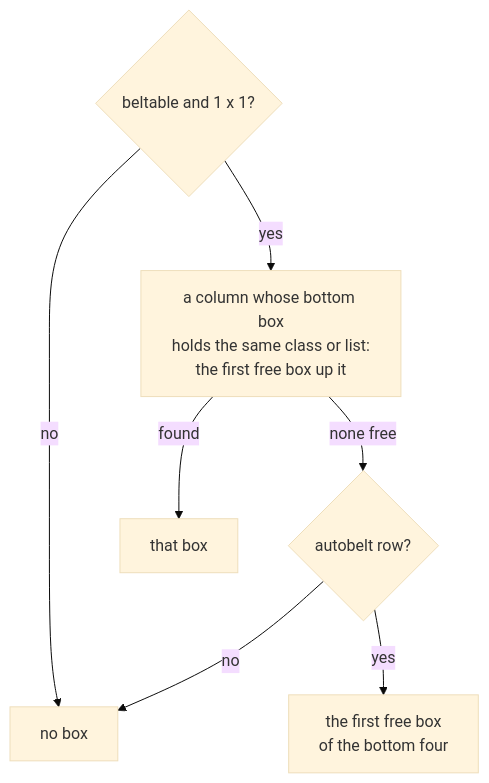
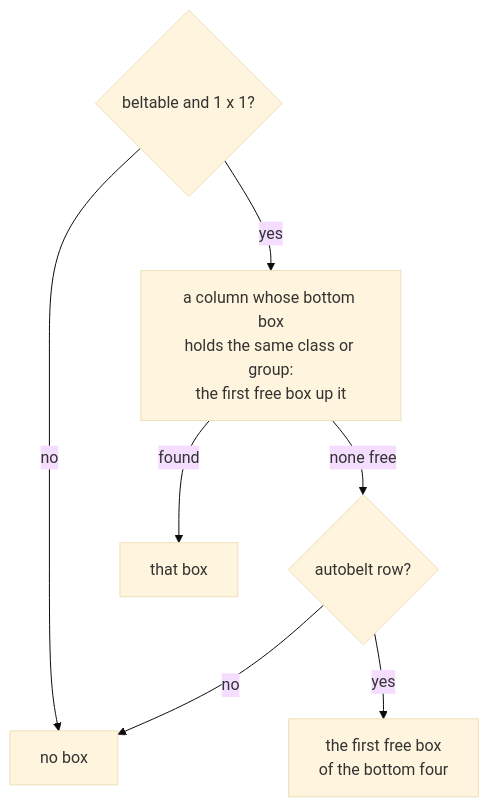
One commit to IgorKonovalov/diablo-2-recompilation changed the third of 6 diagrams in docs/wiki/inventory.md. Above: the diagram before and after it, drawn with Mermaid (base theme). The commit also changed other lines of this file and 19 other files, not shown here.

````diff
--- a/docs/wiki/inventory.md
+++ b/docs/wiki/inventory.md
@@ -244,9 +247,9 @@
 ```mermaid
 flowchart TD
   a{"beltable and 1 x 1?"} -->|no| z["no box"]
-  a -->|yes| col["a column whose bottom box<br/>holds the same class or list:<br/>the first free box up it"]
+  a -->|yes| col["a column whose bottom box<br/>holds the same class or group:<br/>the first free box up it"]
   col -->|none free| auto{"autobelt row?"}
   auto -->|yes| low["the first free box<br/>of the bottom four"]
   auto -->|no| z
   col -->|found| ok["that box"]
 ```
````
